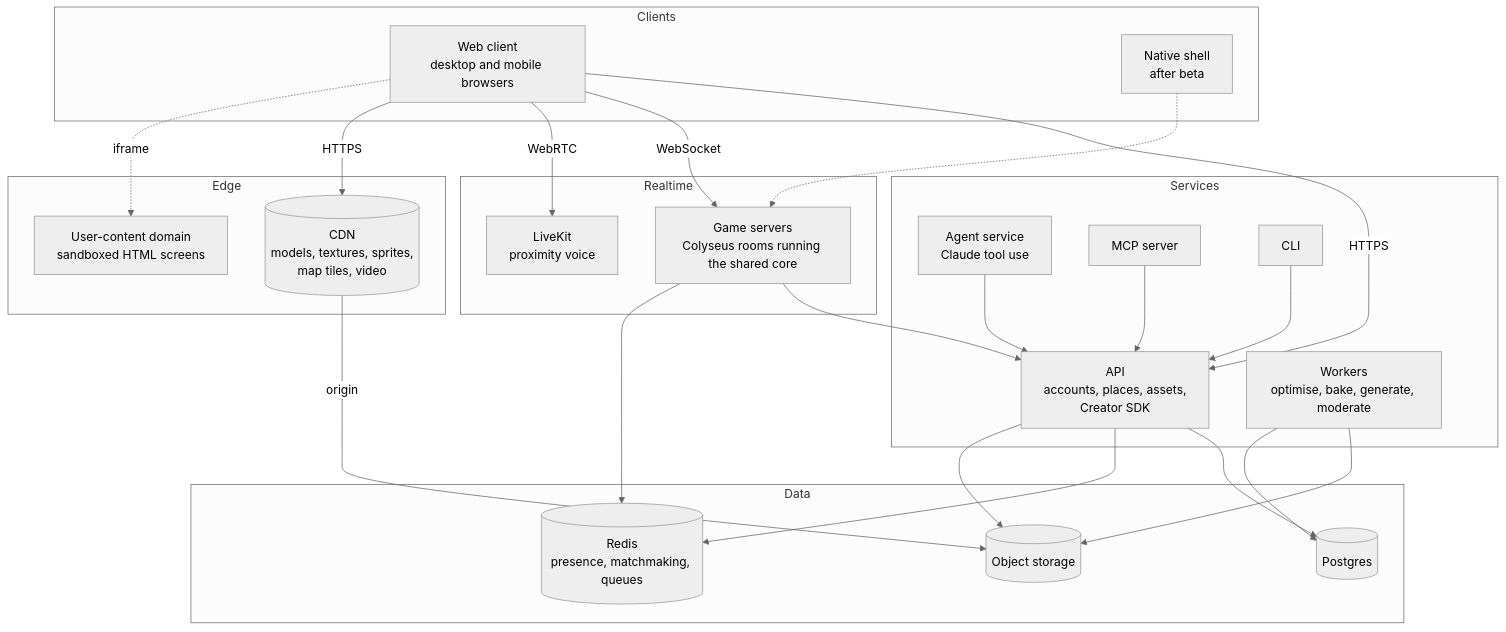
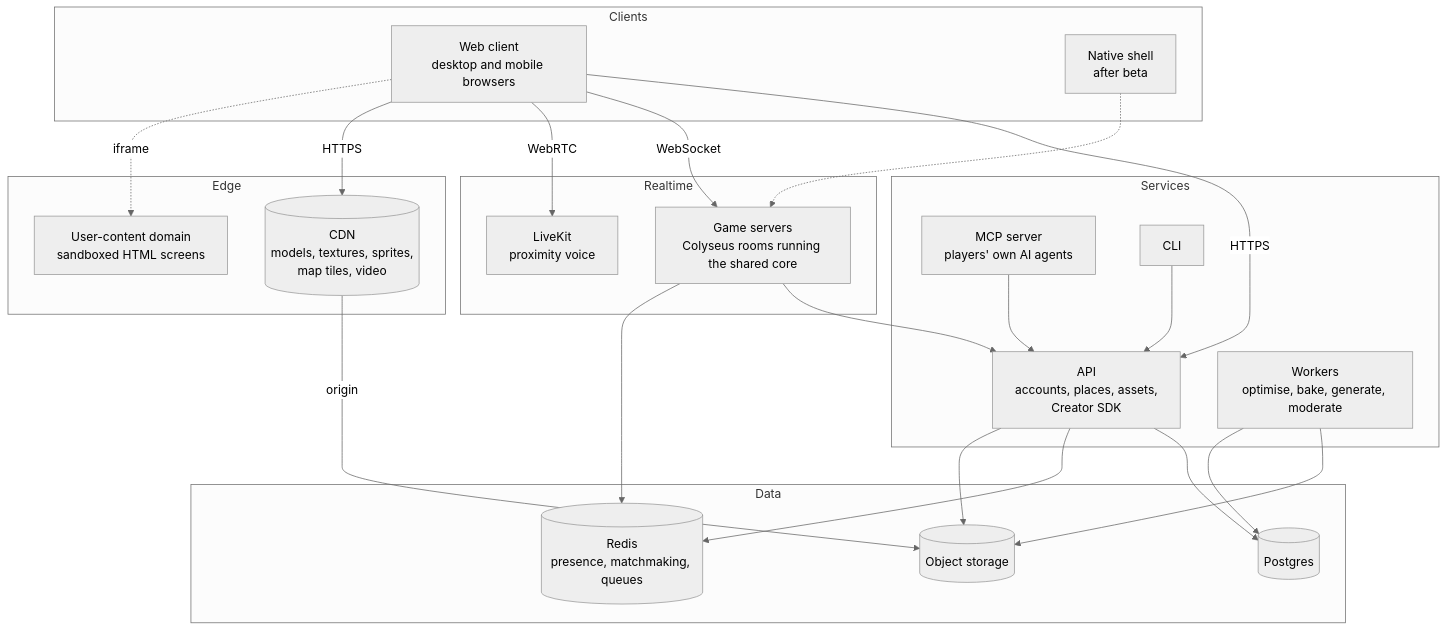
Before and after one commit to wangdinglu/SuperWorld: the first of 4 diagrams in docs/ARCHITECTURE.md, drawn with Mermaid (neutral theme). The commit also changed other lines of this file and 29 other files, not shown here.

First line of the commit message:
Remove the server-side AI: players bring their own agents

````diff
--- a/docs/ARCHITECTURE.md
+++ b/docs/ARCHITECTURE.md
@@ -72,44 +72,42 @@
 ```mermaid
 flowchart TB
   subgraph Clients
     WEB["Web client<br/>desktop and mobile browsers"]
     NAT["Native shell<br/>after beta"]
   end
   subgraph Edge
     CDN[("CDN<br/>models, textures, sprites,<br/>map tiles, video")]
     UC["User-content domain<br/>sandboxed HTML screens"]
   end
   subgraph Realtime
     GS["Game servers<br/>Colyseus rooms running the shared core"]
     LK["LiveKit<br/>proximity voice"]
   end
   subgraph Services
     API["API<br/>accounts, places, assets,<br/>Creator SDK"]
-    AGT["Agent service<br/>Claude tool use"]
-    MCP["MCP server"]
+    MCP["MCP server<br/>players' own AI agents"]
     CLI["CLI"]
     WRK["Workers<br/>optimise, bake, generate, moderate"]
   end
   subgraph Data
     PG[("Postgres")]
     RD[("Redis<br/>presence, matchmaking, queues")]
     OBJ[("Object storage")]
   end
   WEB -- HTTPS --> API
   WEB -- WebSocket --> GS
   WEB -- WebRTC --> LK
   WEB -- HTTPS --> CDN
   WEB -. iframe .-> UC
   NAT -.-> GS
-  AGT --> API
   MCP --> API
   CLI --> API
   GS --> API
   GS --> RD
   API --> PG
   API --> RD
   API --> OBJ
   WRK --> OBJ
   WRK --> PG
   CDN -- origin --> OBJ
 ```
````
